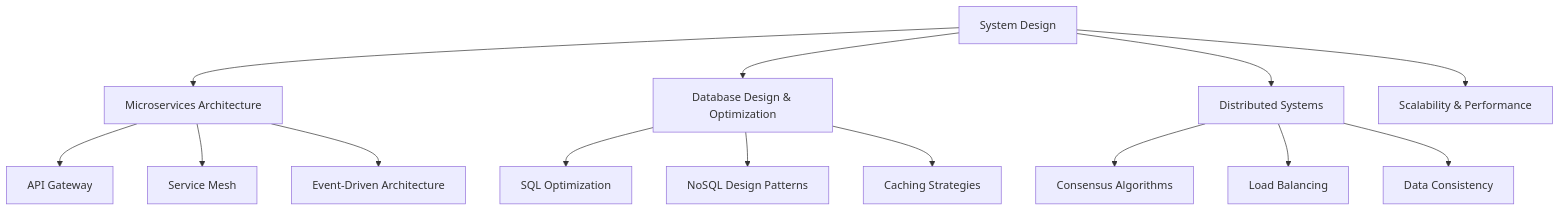
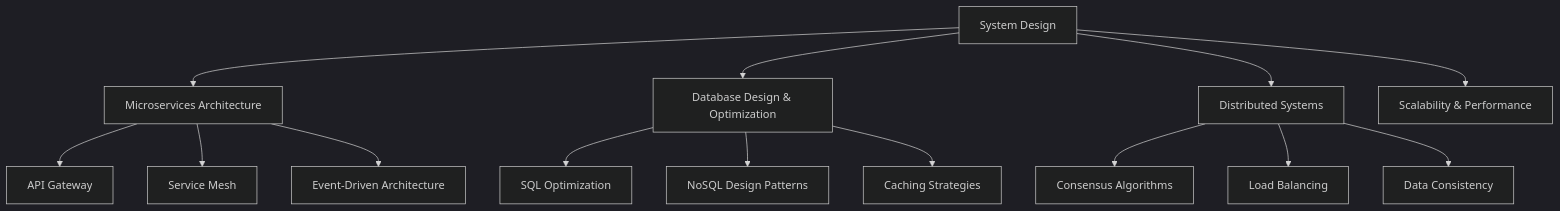
One commit to JeetKarena/JeetKarena changed the diagram in README.md. Above: the diagram before and after it, drawn with Mermaid.

Commit message:
Fix: Diagram not rendering properly

````diff
--- a/README.md
+++ b/README.md
@@ -93,19 +93,20 @@
 ```mermaid
+%%{init: {'theme': 'dark', 'themeVariables': { 'primaryColor': '#1f2937', 'primaryTextColor': '#ffffff', 'nodeTextColor': '#ffffff', 'edgeLabelBackground':'#333333'}}}%%
 graph TB
     A[System Design] --> B[Microservices Architecture]
     A --> C[Database Design & Optimization]
     A --> D[Distributed Systems]
     A --> E[Scalability & Performance]
     
     B --> F[API Gateway]
     B --> G[Service Mesh]
     B --> H[Event-Driven Architecture]
     
     C --> I[SQL Optimization]
     C --> J[NoSQL Design Patterns]
     C --> K[Caching Strategies]
     
     D --> L[Consensus Algorithms]
     D --> M[Load Balancing]
     D --> N[Data Consistency]
 ```
````
